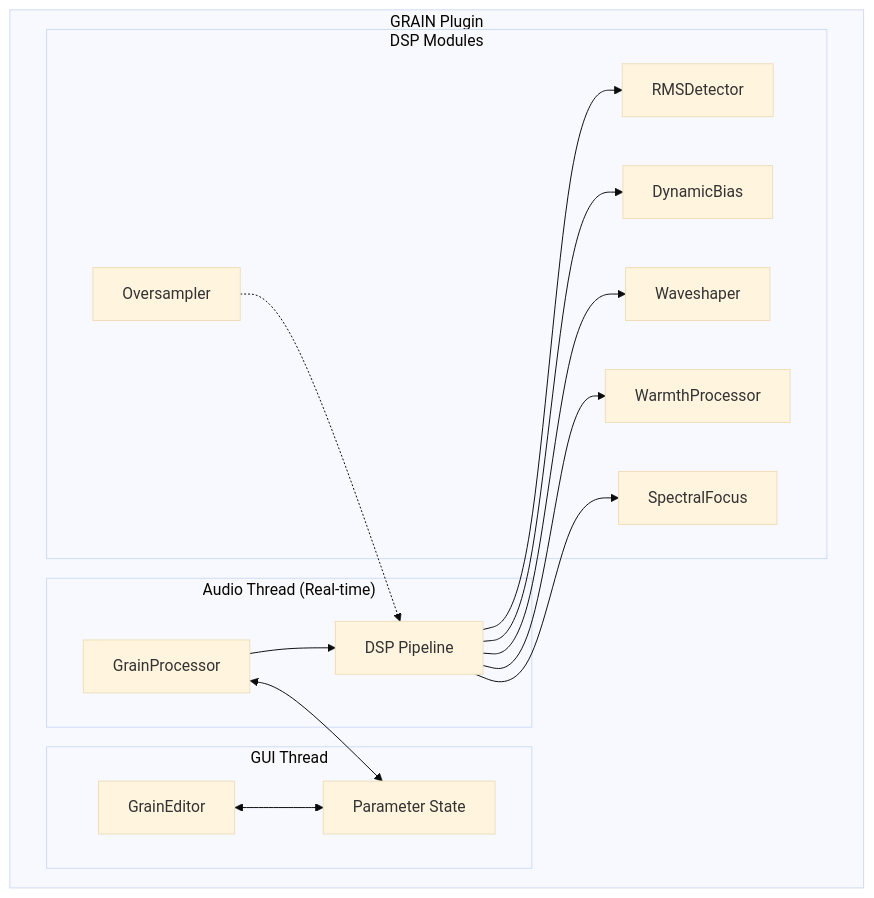
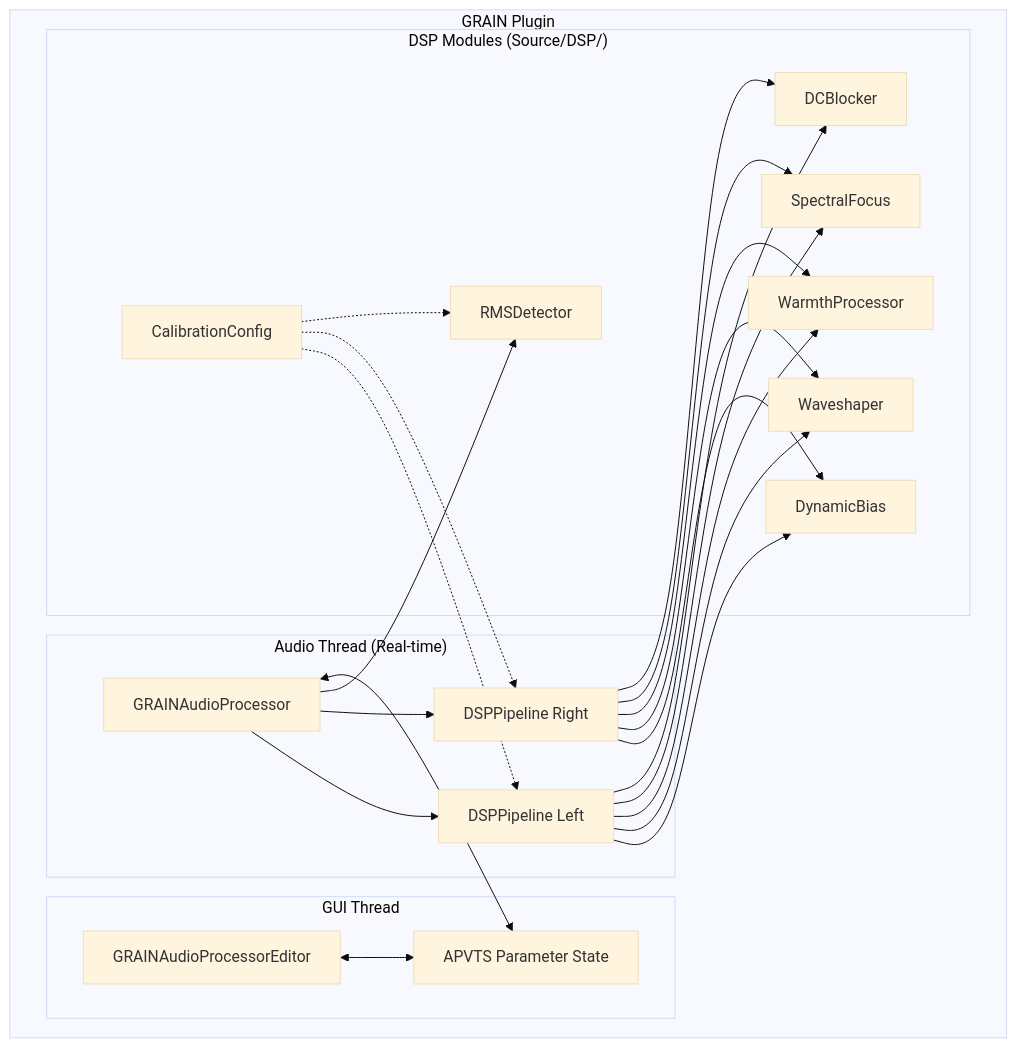
One commit to sbrocos/GRAIN changed the first of 4 diagrams in docs/GRAIN_Code_Architecture.md. Above: the diagram before and after it, drawn with Mermaid (base theme). The commit also changed other lines of this file and 4 other files, not shown here.

````diff
--- a/docs/GRAIN_Code_Architecture.md
+++ b/docs/GRAIN_Code_Architecture.md
@@ -8,29 +8,32 @@
 ```mermaid
 flowchart TB
     subgraph Plugin["GRAIN Plugin"]
         subgraph Audio["Audio Thread (Real-time)"]
-            PP[GrainProcessor]
-            DSP[DSP Pipeline]
+            PP[GRAINAudioProcessor]
+            DSP_L[DSPPipeline Left]
+            DSP_R[DSPPipeline Right]
         end
-        
+
         subgraph GUI["GUI Thread"]
-            PE[GrainEditor]
-            PARAMS[Parameter State]
+            PE[GRAINAudioProcessorEditor]
+            APVTS[APVTS Parameter State]
         end
-        
-        subgraph Core["DSP Modules"]
+
+        subgraph Core["DSP Modules (Source/DSP/)"]
             RMS[RMSDetector]
             BIAS[DynamicBias]
             WS[Waveshaper]
             WARM[WarmthProcessor]
             FOCUS[SpectralFocus]
-            OS[Oversampler]
+            DC[DCBlocker]
+            CAL[CalibrationConfig]
         end
     end
-    
-    PP --> DSP
-    DSP --> RMS & BIAS & WS & WARM & FOCUS
-    OS -.-> DSP
-    PE <--> PARAMS
-    PP <--> PARAMS
+
+    PP --> DSP_L & DSP_R
+    DSP_L & DSP_R --> BIAS & WS & WARM & FOCUS & DC
+    PP --> RMS
+    CAL -.-> DSP_L & DSP_R & RMS
+    PE <--> APVTS
+    PP <--> APVTS
 ```
````
